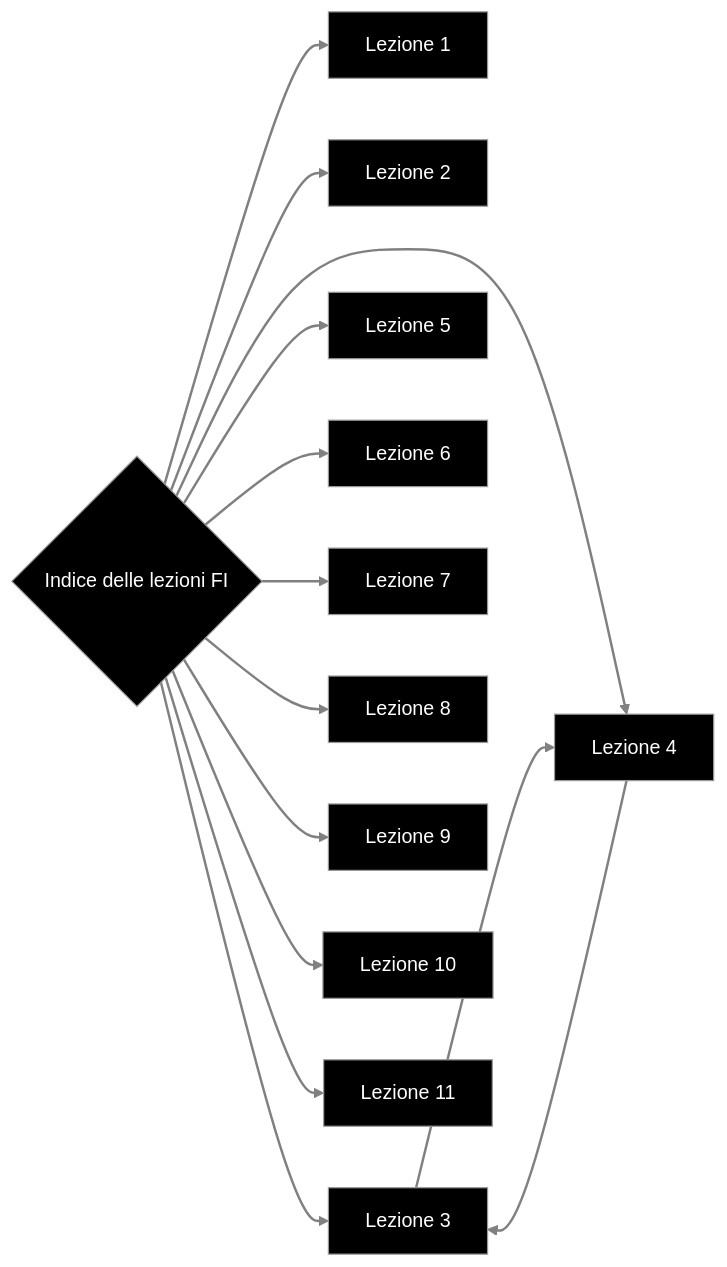
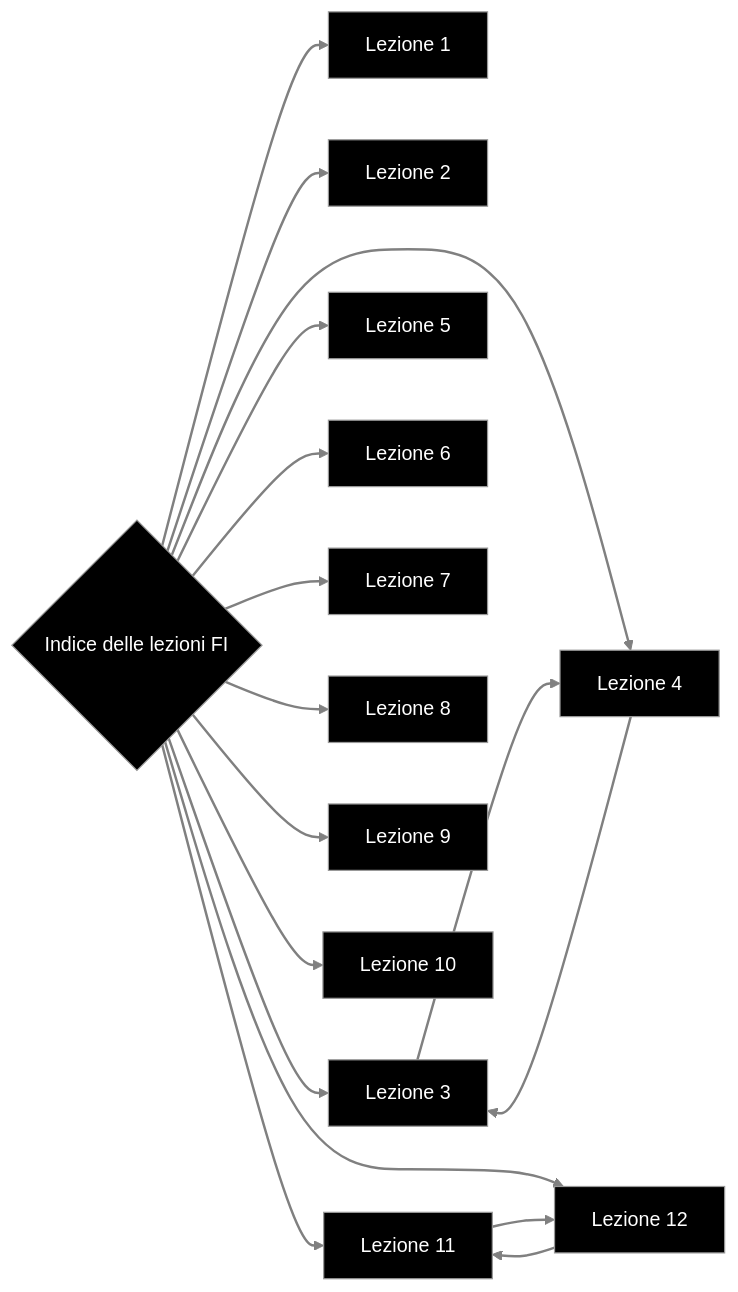
Before and after one commit to francosalvucci14/Appunti-II-anno: the diagram in Appunti FI/MOD I/Indice delle lezioni FI.md, drawn with Mermaid (neutral theme). The commit also changed other lines of this file and 2 other files, not shown here.

Commit message:
vault backup: 2022-11-22 12:26:43

````diff
--- a/Appunti FI/MOD I/Indice delle lezioni FI.md
+++ b/Appunti FI/MOD I/Indice delle lezioni FI.md
@@ -21,33 +22,37 @@
 ```mermaid
 graph LR
 	A{Indice delle lezioni FI}
 	B[Lezione 1]
 	C[Lezione 2]
 	D[Lezione 3]
 	E[Lezione 4]
 	F[Lezione 5]
 	G[Lezione 6]
 	H[Lezione 7]
 	I[Lezione 8]
 	J[Lezione 9]
 	K[Lezione 10]
 	L[Lezione 11]
+	M[Lezione 12]
 	
 	linkStyle default stroke-width:2px,fill:none,stroke:grey,color:red
 	
 	style A fill:black, color:#fff
 	style B fill:black, color:#fff
 	style C fill:black, color:#fff
 	style D fill:black, color:#fff
 	style E fill:black, color:#fff
 	style F fill:black, color:#fff
 	style G fill:black, color:#fff
 	style H fill:black, color:#fff
 	style I fill:black, color:#fff
 	style J fill:black, color:#fff
 	style K fill:black, color:#fff
 	style L fill:black, color:#fff
-	A-->B & C & D & E & F & G & H & I & J & K & L
+	style M fill:black, color:#fff
+	A-->B & C & D & E & F & G & H & I & J & K & L & M
 	D-->E
 	E-->D
+	M-->L
+	L-->M
 ```
````
